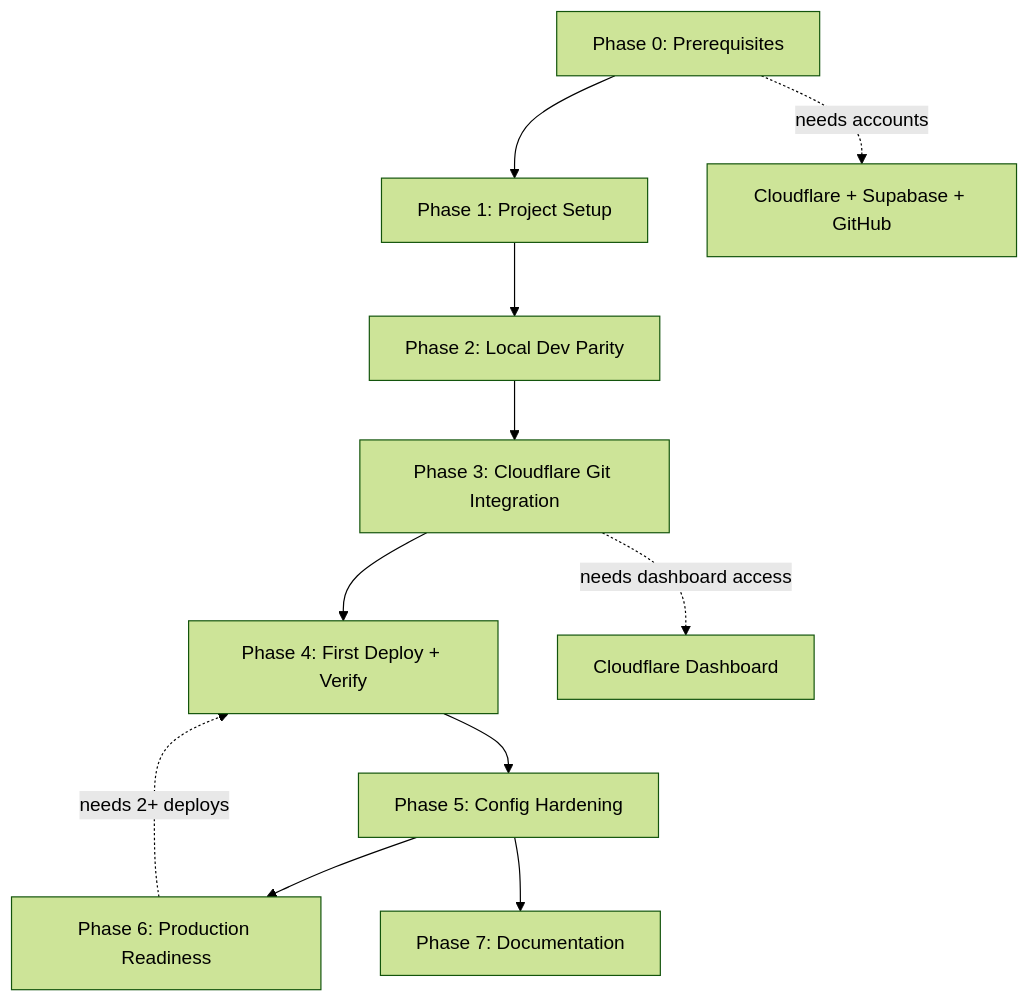
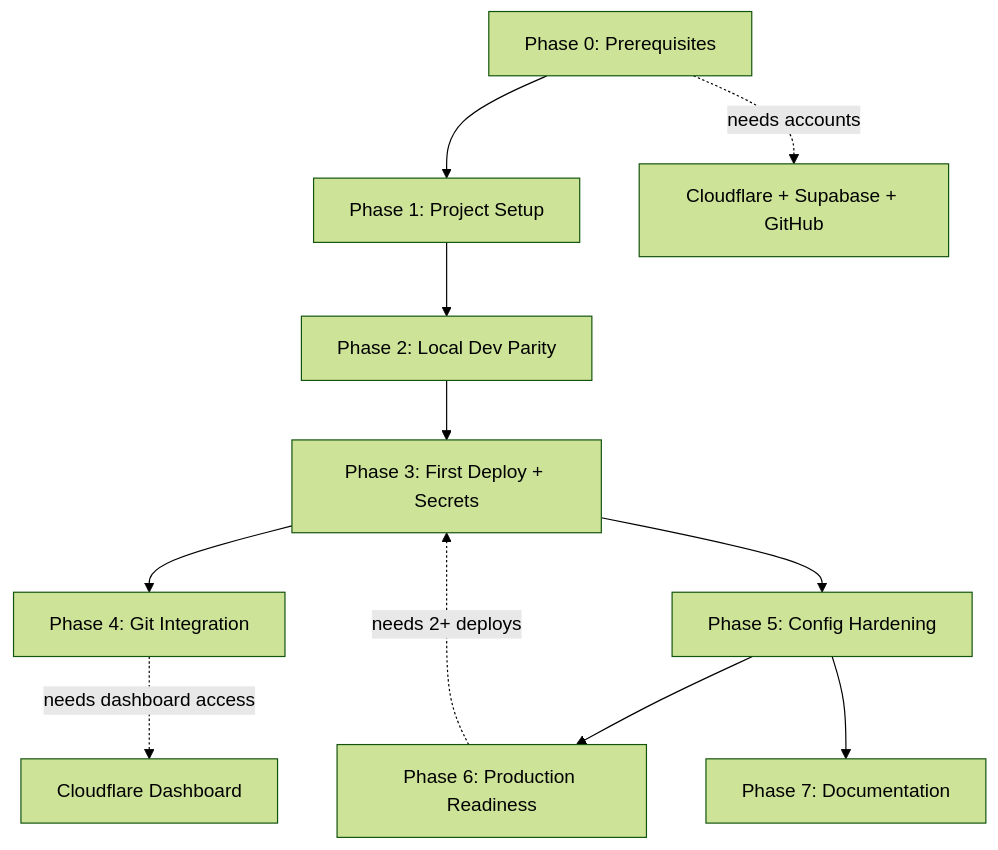
The second of 2 diagrams in context/changes/deployment/deployment-plan.md (astocka/meal-draft), drawn with Mermaid (forest theme) before and after one commit. The commit also changed other lines of this file and 7 other files, not shown here.

````diff
--- a/context/changes/deployment/deployment-plan.md
+++ b/context/changes/deployment/deployment-plan.md
@@ -376,14 +373,14 @@
 ```mermaid
 flowchart TD
   P0[Phase 0: Prerequisites] --> P1[Phase 1: Project Setup]
   P1 --> P2[Phase 2: Local Dev Parity]
-  P2 --> P3[Phase 3: Cloudflare Git Integration]
-  P3 --> P4[Phase 4: First Deploy + Verify]
-  P4 --> P5[Phase 5: Config Hardening]
+  P2 --> P3[Phase 3: First Deploy + Secrets]
+  P3 --> P4[Phase 4: Git Integration]
+  P3 --> P5[Phase 5: Config Hardening]
   P5 --> P6[Phase 6: Production Readiness]
   P5 --> P7[Phase 7: Documentation]
 
   P0 -.->|"needs accounts"| EXT["Cloudflare + Supabase + GitHub"]
-  P3 -.->|"needs dashboard access"| CF[Cloudflare Dashboard]
-  P6 -.->|"needs 2+ deploys"| P4
+  P4 -.->|"needs dashboard access"| CF[Cloudflare Dashboard]
+  P6 -.->|"needs 2+ deploys"| P3
 ```
````
